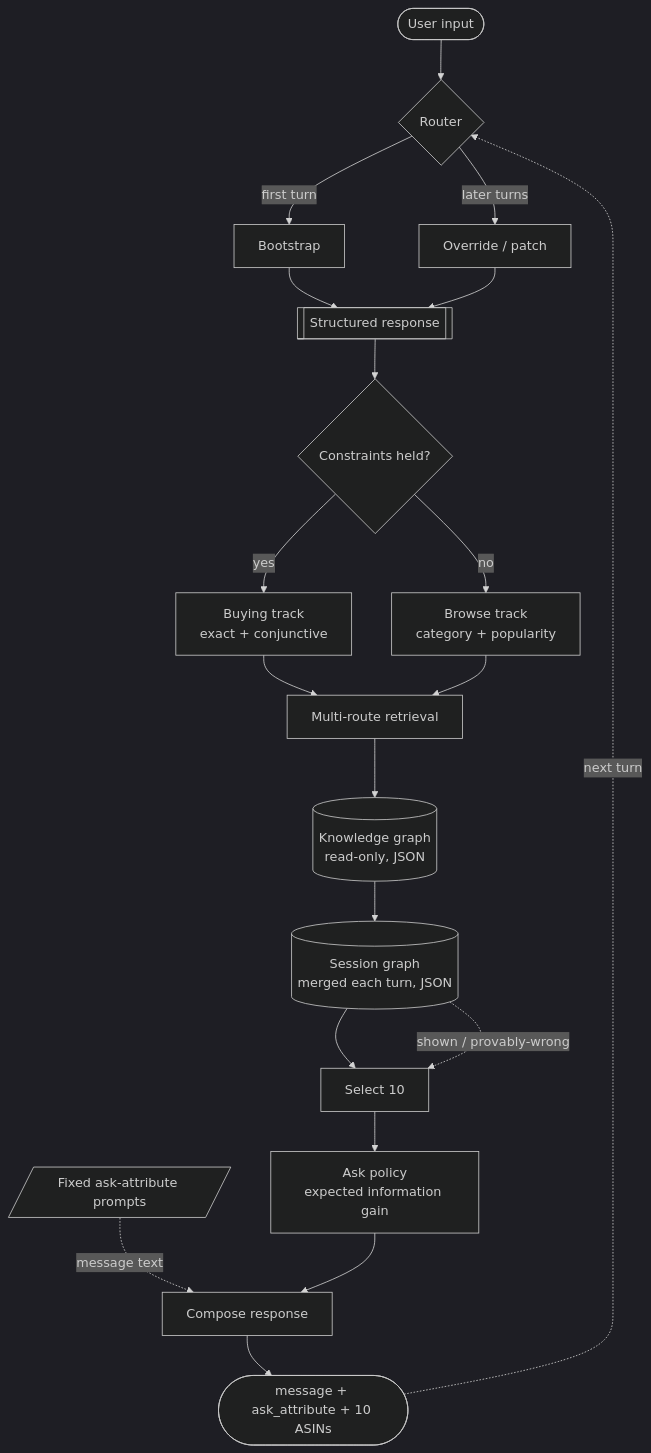
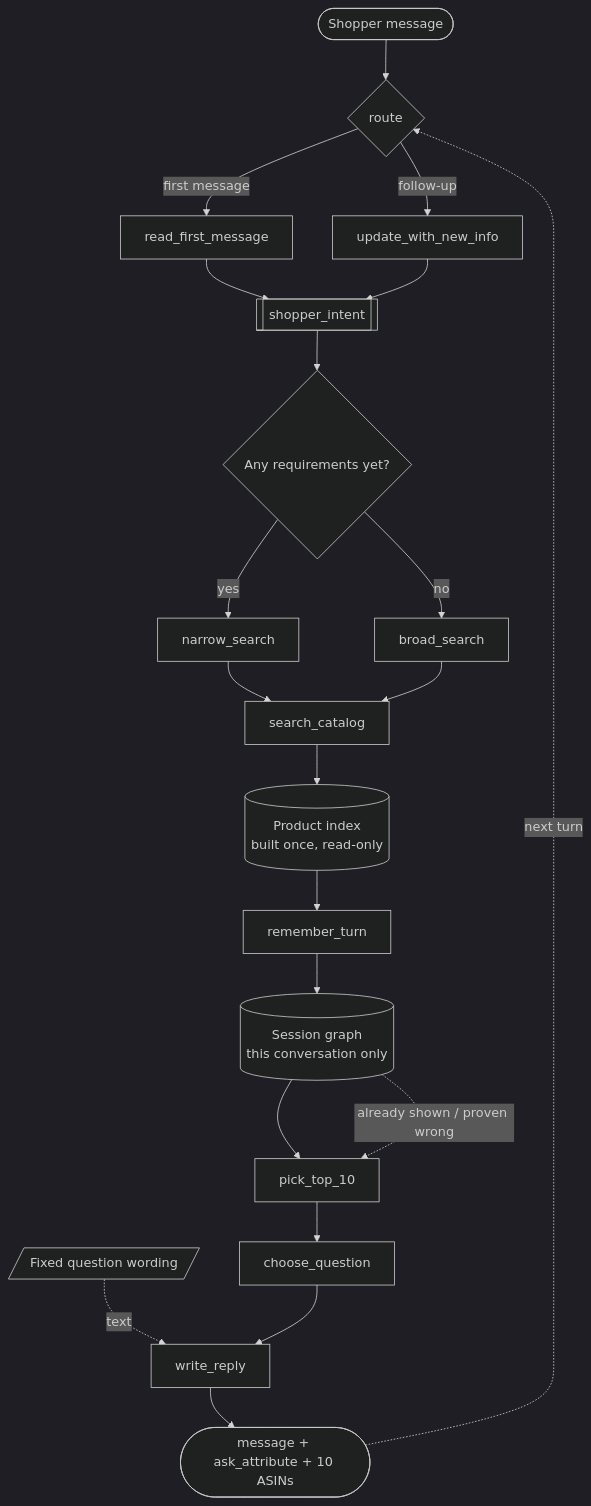
Before and after one commit to DanielNg0729/L-GPT: the diagram in README.md, drawn with Mermaid (dark theme). The commit also changed other lines of this file and 7 other files, not shown here.

First line of the commit message:
refactor: plain-English names for the graph nodes and state fields

````diff
--- a/README.md
+++ b/README.md
@@ -48,27 +48,28 @@
 ```mermaid
 flowchart TD
-    UI([User input]) --> R{Router}
-    FP[/Fixed ask-attribute prompts/] -. message text .-> COMPOSE
+    UI([Shopper message]) --> ROUTE{route}
+    FP[/Fixed question wording/] -. text .-> WRITE
 
-    R -->|first turn| BOOT[Bootstrap]
-    R -->|later turns| PATCH[Override / patch]
+    ROUTE -->|first message| READ[read_first_message]
+    ROUTE -->|follow-up| UPDATE[update_with_new_info]
 
-    BOOT --> SR[["Structured response"]]
-    PATCH --> SR
+    READ --> INTENT[["shopper_intent"]]
+    UPDATE --> INTENT
 
-    SR --> TRACK{Constraints held?}
-    TRACK -->|yes| BU[Buying track<br/>exact + conjunctive]
-    TRACK -->|no| BR[Browse track<br/>category + popularity]
+    INTENT --> MODE{Any requirements yet?}
+    MODE -->|yes| NARROW[narrow_search]
+    MODE -->|no| BROAD[broad_search]
 
-    BU --> RAG[Multi-route retrieval]
-    BR --> RAG
-    RAG --> KG[(Knowledge graph<br/>read-only, JSON)]
-    KG --> SG[(Session graph<br/>merged each turn, JSON)]
-    SG --> S10[Select 10]
-    S10 --> ASK[Ask policy<br/>expected information gain]
-    ASK --> COMPOSE[Compose response]
-    COMPOSE --> RESP([message + ask_attribute + 10 ASINs])
+    NARROW --> SEARCH[search_catalog]
+    BROAD --> SEARCH
+    SEARCH --> KG[(Product index<br/>built once, read-only)]
+    KG --> REMEMBER[remember_turn]
+    REMEMBER --> SG[(Session graph<br/>this conversation only)]
+    SG --> PICK[pick_top_10]
+    PICK --> ASK[choose_question]
+    ASK --> WRITE[write_reply]
+    WRITE --> RESP([message + ask_attribute + 10 ASINs])
 
-    SG -. shown / provably-wrong .-> S10
-    RESP -.->|next turn| R
+    SG -. already shown / proven wrong .-> PICK
+    RESP -.->|next turn| ROUTE
 ```
````
